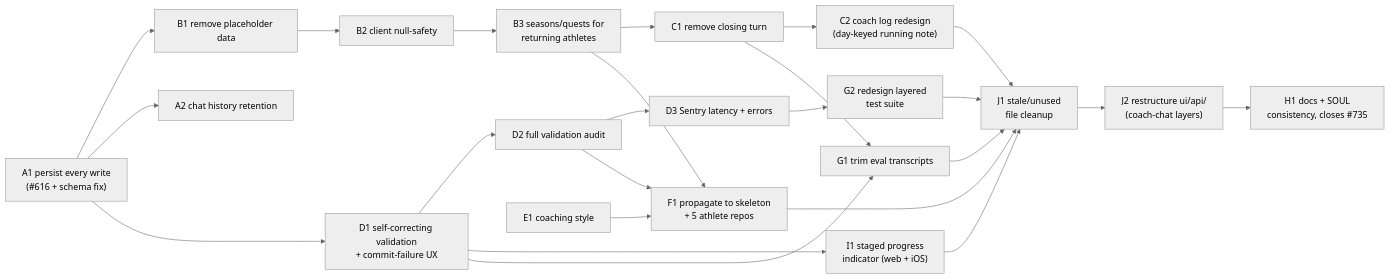
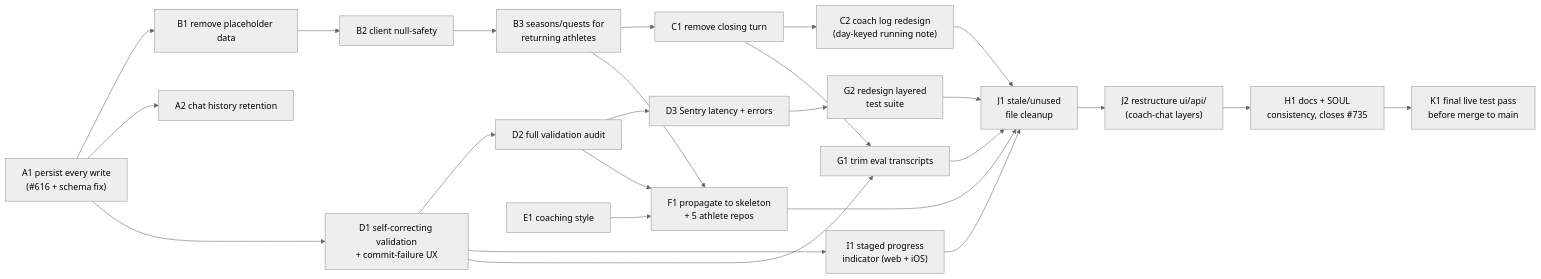
One commit to sibling-shipyard/coach-hq changed the diagram in docs/plans/chat-commit-redesign.md. Above: the diagram before and after it, drawn with Mermaid (neutral theme). The commit also changed other lines of this file and 12 other files, not shown here.

````diff
--- a/docs/plans/chat-commit-redesign.md
+++ b/docs/plans/chat-commit-redesign.md
@@ -36,26 +36,27 @@
 ```mermaid
 flowchart LR
   A1["A1 persist every write\n(#616 + schema fix)"] --> B1["B1 remove placeholder data"]
   A1 --> A2["A2 chat history retention"]
   B1 --> B2["B2 client null-safety"]
   B2 --> B3["B3 seasons/quests for\nreturning athletes"]
   B3 --> C1["C1 remove closing turn"]
   C1 --> C2["C2 coach log redesign\n(day-keyed running note)"]
   A1 --> D1["D1 self-correcting validation\n+ commit-failure UX"]
   D1 --> D2["D2 full validation audit"]
   D2 --> D3["D3 Sentry latency + errors"]
   D1 --> I1["I1 staged progress\nindicator (web + iOS)"]
   E1["E1 coaching style"] --> F1
   B3 --> F1["F1 propagate to skeleton\n+ 5 athlete repos"]
   D2 --> F1
   C1 --> G1["G1 trim eval transcripts"]
   D1 --> G1
   D3 --> G2["G2 redesign layered\ntest suite"]
   C2 --> J1["J1 stale/unused\nfile cleanup"]
   I1 --> J1
   F1 --> J1
   G1 --> J1
   G2 --> J1
   J1 --> J2["J2 restructure ui/api/\n(coach-chat layers)"]
   J2 --> H1["H1 docs + SOUL\nconsistency, closes #735"]
+  H1 --> K1["K1 final live test pass\nbefore merge to main"]
 ```
````
